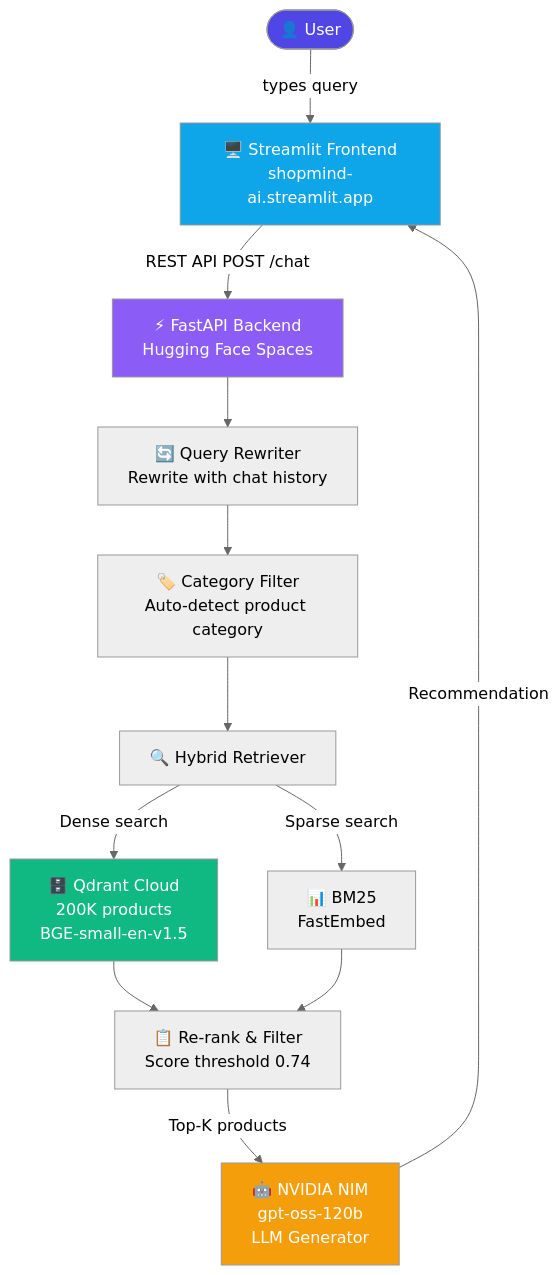
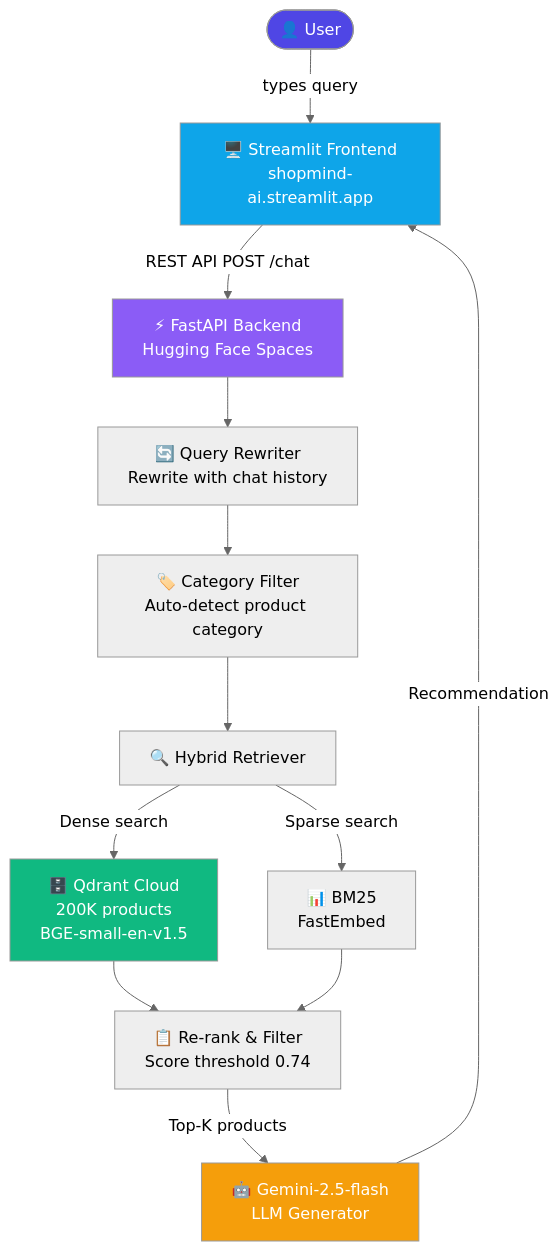
One commit to saikatsam11/ShopMind changed the diagram in README.md. Above: the diagram before and after it, drawn with Mermaid (neutral theme). The commit also changed other lines of this file, not shown here.

Commit message:
Update LLM reference from NVIDIA NIM to Gemini-2.5-flash

````diff
--- a/README.md
+++ b/README.md
@@ -21,24 +21,24 @@
 ```mermaid
 flowchart TD
     User(["👤 User"]) -->|types query| SF["🖥️ Streamlit Frontend\nshopmind-ai.streamlit.app"]
     SF -->|REST API POST /chat| API["⚡ FastAPI Backend\nHugging Face Spaces"]
 
     API --> QR["🔄 Query Rewriter\nRewrite with chat history"]
     QR --> CF["🏷️ Category Filter\nAuto-detect product category"]
     CF --> RET["🔍 Hybrid Retriever"]
 
     RET -->|Dense search| QD["🗄️ Qdrant Cloud\n200K products\nBGE-small-en-v1.5"]
     RET -->|Sparse search| BM["📊 BM25\nFastEmbed"]
 
     QD --> RANK["📋 Re-rank & Filter\nScore threshold 0.74"]
     BM --> RANK
 
-    RANK -->|Top-K products| LLM["🤖 NVIDIA NIM\ngpt-oss-120b\nLLM Generator"]
+    RANK -->|Top-K products| LLM["🤖 Gemini-2.5-flash\nLLM Generator"]
     LLM -->|Recommendation| SF
 
     style User fill:#4f46e5,color:#fff
     style SF fill:#0ea5e9,color:#fff
     style API fill:#8b5cf6,color:#fff
     style QD fill:#10b981,color:#fff
     style LLM fill:#f59e0b,color:#fff
 ```
````
